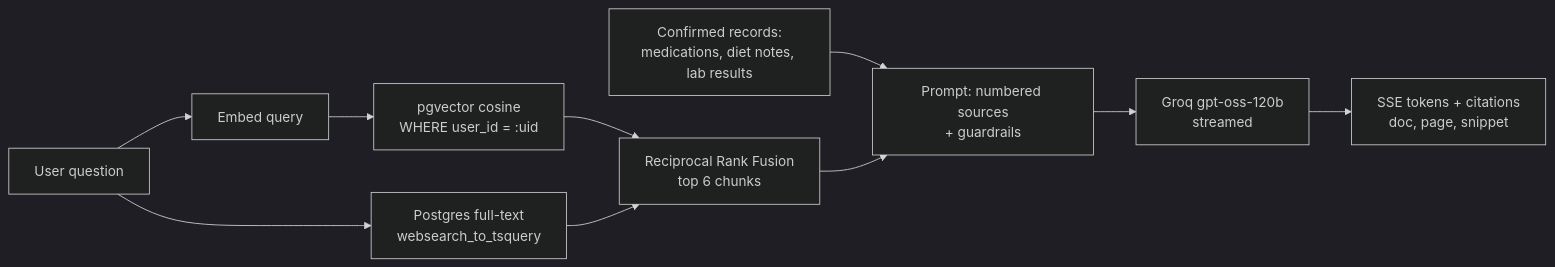
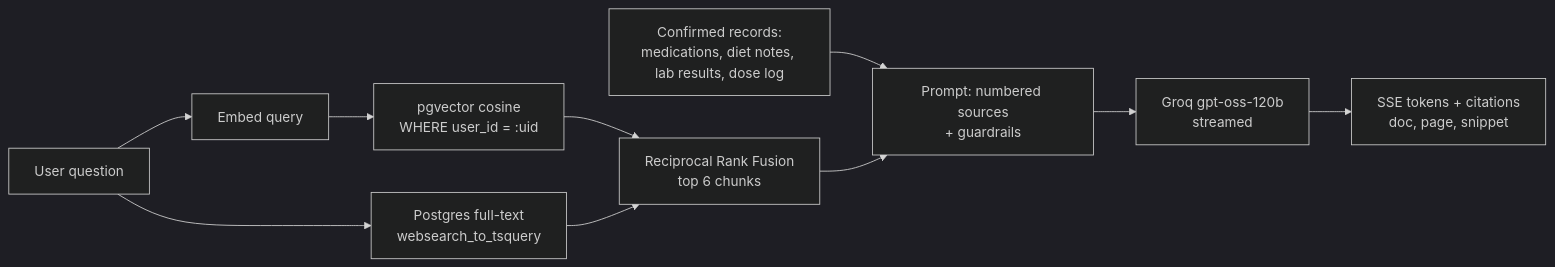
The third of 4 diagrams in docs/architecture.md (SriramWorkSpace/MedSpace-Healthcare), drawn with Mermaid (dark theme) before and after one commit. The commit also changed other lines of this file and 43 other files, not shown here.

````diff
--- a/docs/architecture.md
+++ b/docs/architecture.md
@@ -183,12 +184,12 @@
 ```mermaid
 flowchart LR
   Q[User question] --> E[Embed query]
   Q --> FT[Postgres full-text<br/>websearch_to_tsquery]
   E --> V[pgvector cosine<br/>WHERE user_id = :uid]
   V --> RRF[Reciprocal Rank Fusion<br/>top 6 chunks]
   FT --> RRF
-  CR[Confirmed records:<br/>medications, diet notes, lab results] --> P
+  CR[Confirmed records:<br/>medications, diet notes, lab results, dose log] --> P
   RRF --> P[Prompt: numbered sources<br/>+ guardrails]
   P --> LLM[Groq gpt-oss-120b<br/>streamed]
   LLM --> SSE[SSE tokens + citations<br/>doc, page, snippet]
 ```
````
